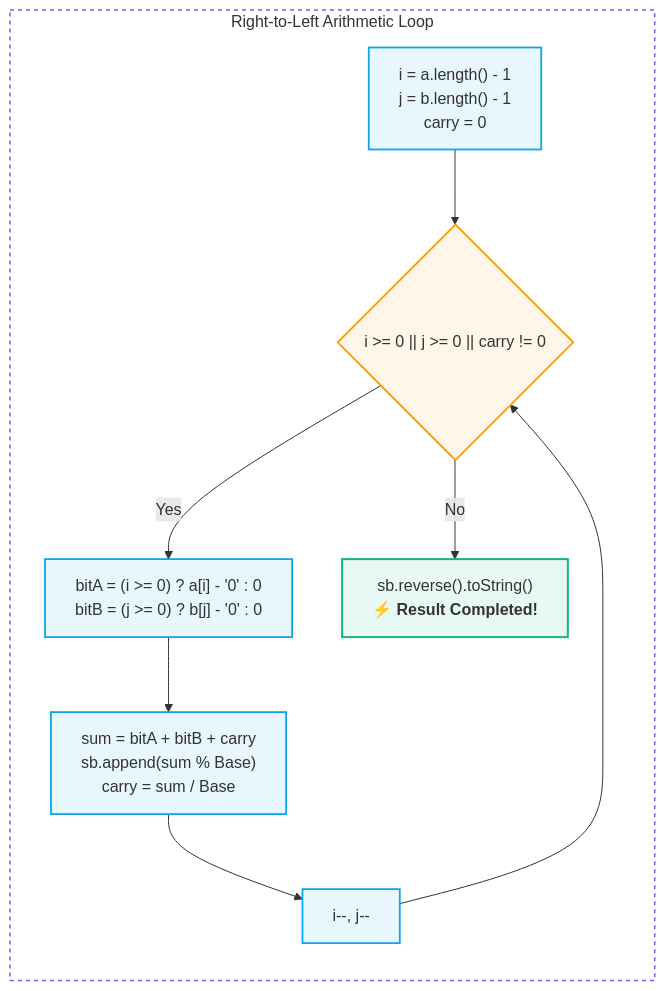
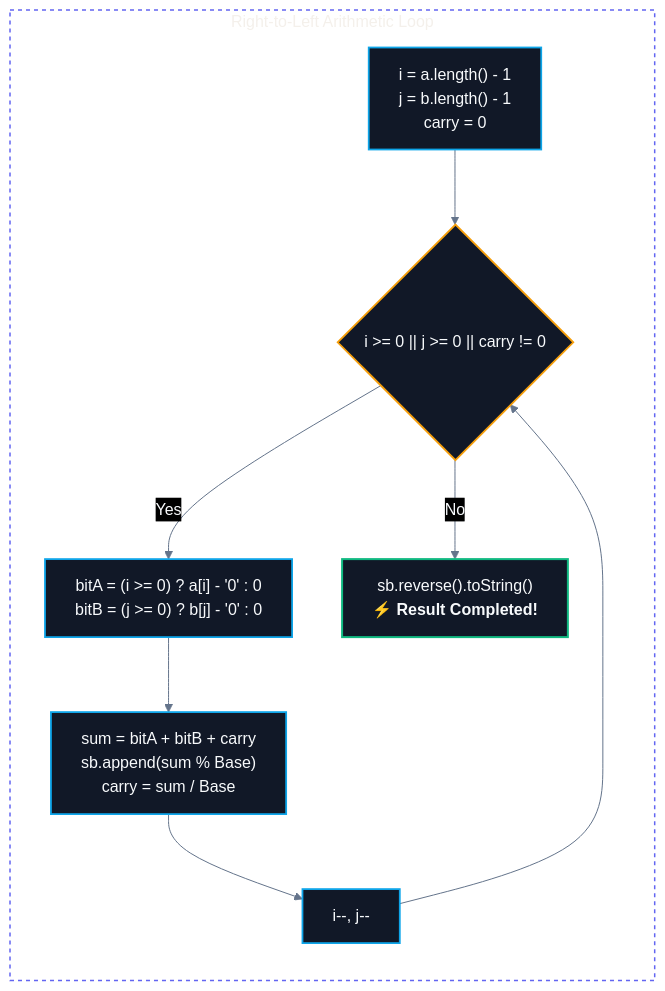
One commit to abhinavbharti2345/CS_Notes changed the first of 2 diagrams in CS/DSA/01. Strings/Add Binary & String Arithmetic.md. Above: the diagram before and after it, drawn with Mermaid. The commit also changed other lines of this file and 195 other files, not shown here.

````diff
--- a/CS/DSA/01. Strings/Add Binary & String Arithmetic.md
+++ b/CS/DSA/01. Strings/Add Binary & String Arithmetic.md
@@ -34,24 +34,25 @@
 ```mermaid
+%%{init: {'theme': 'base', 'themeVariables': { 'darkMode': true, 'background': '#0B0F14', 'mainBkg': '#111827', 'primaryColor': '#111827', 'primaryTextColor': '#F8FAFC', 'primaryBorderColor': '#38BDF8', 'lineColor': '#64748B', 'secondaryColor': '#0B0F14', 'tertiaryColor': '#0B0F14', 'clusterBkg': '#0B0F14', 'clusterBorder': '#38BDF8' }}}%%
 flowchart TD
     subgraph Simulation ["Right-to-Left Arithmetic Loop"]
         direction TD
         Start["i = a.length() - 1<br/>j = b.length() - 1<br/>carry = 0"] --> Condition{"i >= 0 || j >= 0 || carry != 0"}
         
         Condition -- "Yes" --> Extract["bitA = (i >= 0) ? a[i] - '0' : 0<br/>bitB = (j >= 0) ? b[j] - '0' : 0"]
         Extract --> Calc["sum = bitA + bitB + carry<br/>sb.append(sum % Base)<br/>carry = sum / Base"]
         Calc --> Decrement["i--, j--"]
         Decrement --> Condition
         
         Condition -- "No" --> Reverse["sb.reverse().toString()<br/><b>⚡ Result Completed!</b>"]
     end
 
     style Simulation fill:none,stroke:#6366f1,stroke-width:1.5px,stroke-dasharray:4 4
 
-    classDef step fill:#0ea5e918,stroke:#0ea5e9,stroke-width:1.8px;
-    classDef decision fill:#f59e0b18,stroke:#f59e0b,stroke-width:1.8px;
-    classDef finish fill:#10b98118,stroke:#10b981,stroke-width:2px;
+    classDef step fill:#111827,stroke:#0ea5e9,stroke-width:1.8px,color:#F8FAFC;
+    classDef decision fill:#111827,stroke:#f59e0b,stroke-width:1.8px,color:#F8FAFC;
+    classDef finish fill:#111827,stroke:#10b981,stroke-width:2px,color:#F8FAFC;
 
     class Start,Extract,Calc,Decrement step;
     class Condition decision;
     class Reverse finish;
 ```
````
